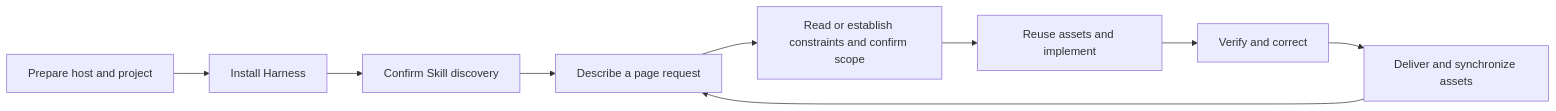
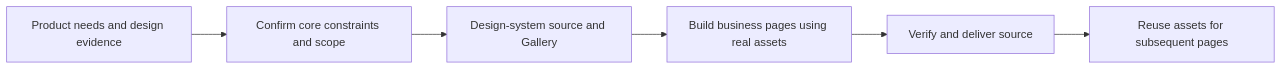
The diagram in README.md (Tree080730/ai-design-workflow), drawn with Mermaid before and after one commit. The commit also changed other lines of this file and 23 other files, not shown here.

Commit message:
feat: focus workflow on zero-to-one design systems and business pages

````diff
--- a/README.md
+++ b/README.md
@@ -55,11 +59,8 @@
 ```mermaid
 flowchart LR
-    A[Prepare host and project] --> B[Install Harness]
-    B --> C[Confirm Skill discovery]
-    C --> D[Describe a page request]
-    D --> E[Read or establish constraints and confirm scope]
-    E --> F[Reuse assets and implement]
-    F --> G[Verify and correct]
-    G --> H[Deliver and synchronize assets]
-    H --> D
+    A[Product needs and design evidence] --> B[Confirm core constraints and scope]
+    B --> C[Design-system source and Gallery]
+    C --> D[Build business pages using real assets]
+    D --> E[Verify and deliver source]
+    E --> F[Reuse assets for subsequent pages]
 ```
````
